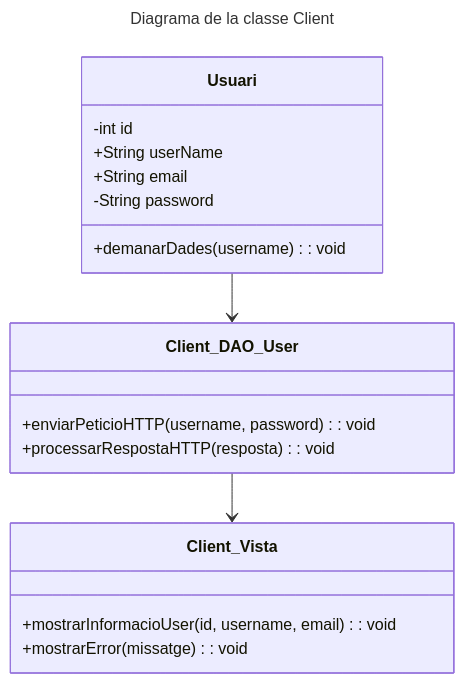
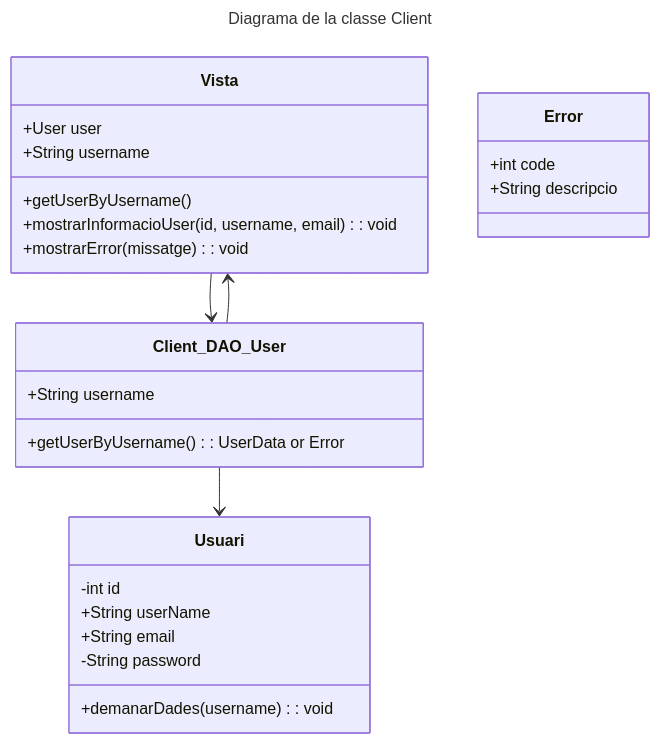
The diagram in charts/diagrama_de_classes_client.mermaid (dnwits/TapatApp), drawn with Mermaid before and after one commit.

Commit message:
dg_final

```diff
--- a/charts/diagrama_de_classes_client.mermaid
+++ b/charts/diagrama_de_classes_client.mermaid
@@ -1,46 +1,34 @@
 ---
 title: Diagrama de la classe Client
 ---
 classDiagram
-    %% Client_Vista_login "" --> Client_DAO_User
-    %% Client_DAO_User ""--> Servidor
-    %% Client_DAO_User ""--> Client_output
-    %% Servidor ""--> Client_DAO_User
-    %% Client_output
-
-    %% class Client_Vista_login{
-    %%     +enviarDadeUser(username):
-    %% }
-
-    %% class Client_DAO_User{
-    %%     -int id
-    %%     +String userName
-    %%     -String password
-    %%     -String email
-    %%     +peticióHTTP(username): void
-    %%     +respostaHTTP(username): void
-    %% }
+    Vista --> Client_DAO_User
+    Client_DAO_User --> Usuari
+    Client_DAO_User --> Vista
     
-    %% class Client_output{
-    %%     +mostrarInformacióUser(): void
-    %% }
-    Usuari --> Client_DAO_User
-    Client_DAO_User --> Client_Vista
-    
-    class Client_Vista{
+    class Vista{
+        +User user
+        +String username
+        +getUserByUsername()
         +mostrarInformacioUser(id, username, email): void
         +mostrarError(missatge): void
     }
 
     class Client_DAO_User{
-        +enviarPeticioHTTP(username, password): void
-        +processarRespostaHTTP(resposta): void
+    +String username
+        +getUserByUsername(): UserData or Error
+        %% +enviarPeticioHTTP(username, password): void
+        %% +processarRespostaHTTP(resposta): void
     }
 
     class Usuari{
         -int id
         +String userName
         +String email
         -String password
         +demanarDades(username): void
     }
+    class Error{
+        +int code
+        +String descripcio
+    }
```
